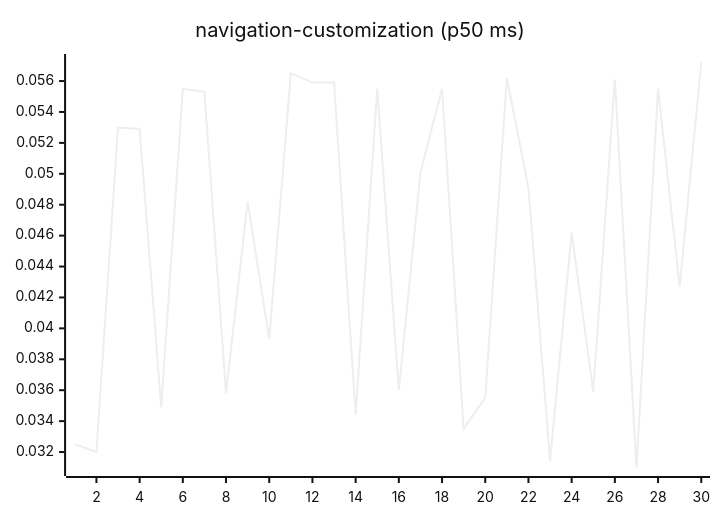
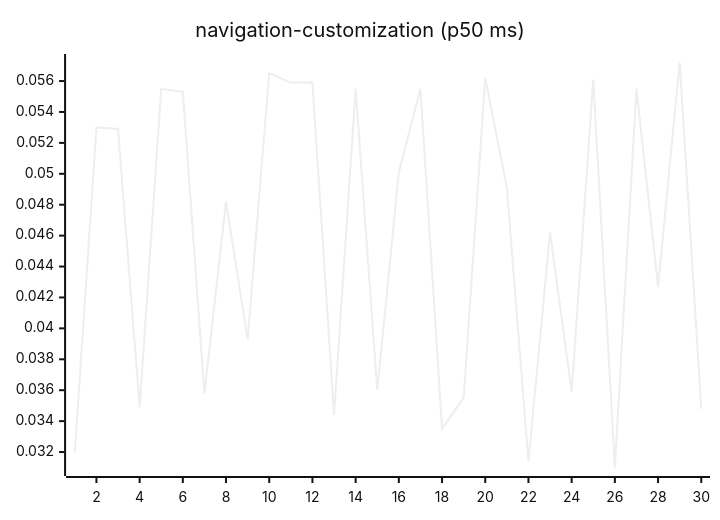
Before and after one commit to josha/Facet: diagram 15 of 27 in README.md, drawn with Mermaid (neutral theme). The commit also changed other lines of this file and 2 other files, not shown here.

````diff
--- a/README.md
+++ b/README.md
@@ -161,6 +161,6 @@
 ```mermaid
 xychart-beta
     title "navigation-customization (p50 ms)"
     x-axis 1 --> 30
-    line [0.0325, 0.0320, 0.0530, 0.0529, 0.0349, 0.0555, 0.0553, 0.0358, 0.0482, 0.0393, 0.0565, 0.0559, 0.0559, 0.0344, 0.0555, 0.0360, 0.0501, 0.0555, 0.0335, 0.0355, 0.0562, 0.0491, 0.0314, 0.0462, 0.0359, 0.0561, 0.0310, 0.0555, 0.0427, 0.0572]
+    line [0.0320, 0.0530, 0.0529, 0.0349, 0.0555, 0.0553, 0.0358, 0.0482, 0.0393, 0.0565, 0.0559, 0.0559, 0.0344, 0.0555, 0.0360, 0.0501, 0.0555, 0.0335, 0.0355, 0.0562, 0.0491, 0.0314, 0.0462, 0.0359, 0.0561, 0.0310, 0.0555, 0.0427, 0.0572, 0.0348]
 ```
````
